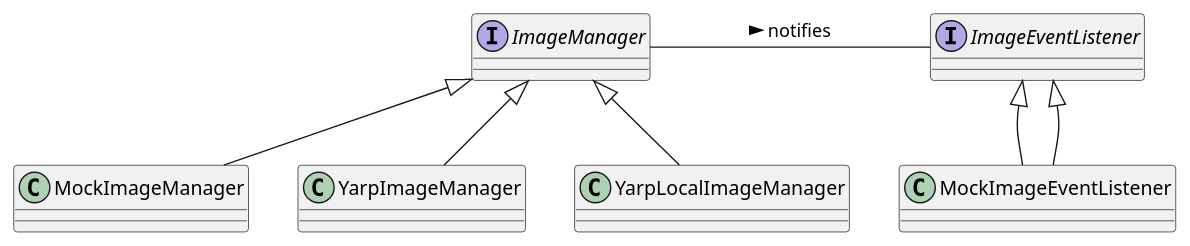
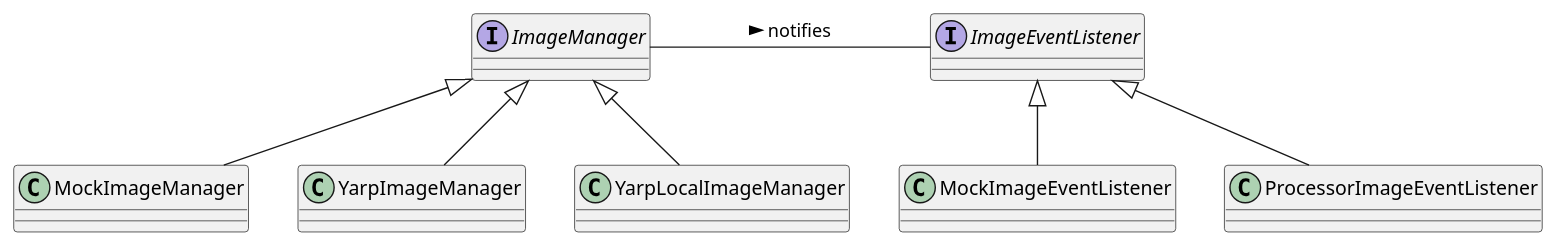
Before and after one commit to asrob-uc3m/robotDevastation-developer-manual: the diagram in en/camera-management.md, drawn with PlantUML. The commit also changed other lines of this file and 2 other files, not shown here.

Commit message:
Updates en/camera-management.md
Auto commit by GitBook Editor

```diff
--- a/en/camera-management.md
+++ b/en/camera-management.md
@@ -12,12 +12,12 @@
 {% plantuml %}
 interface ImageManager
 ImageManager <|-- MockImageManager
 ImageManager <|-- YarpImageManager
 ImageManager <|-- YarpLocalImageManager
 
 interface ImageEventListener
 ImageEventListener <|-- MockImageEventListener
-ImageEventListener <|-- MockImageEventListener
+ImageEventListener <|-- ProcessorImageEventListener
 
 ImageManager -right- ImageEventListener : notifies >
 {% endplantuml %}
```
